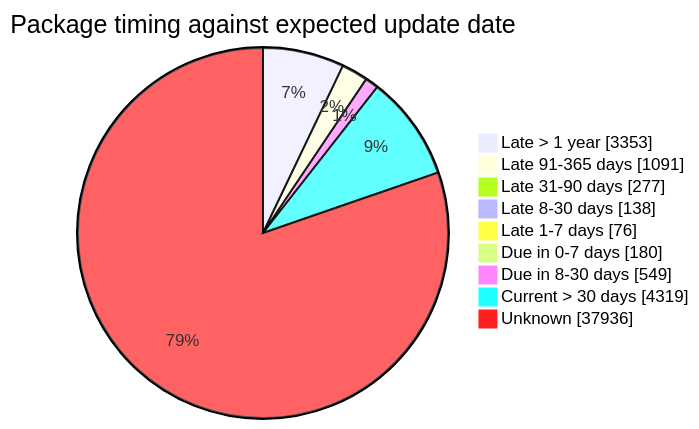
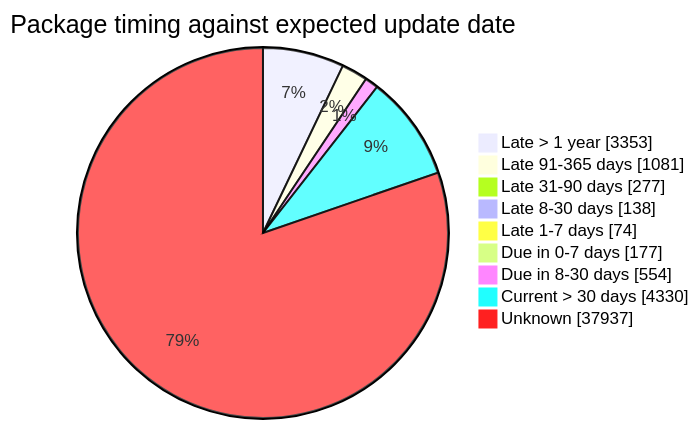
The fourth of 5 diagrams in FreshCheck/README.md (open-data/analytics-corporate-reporting), drawn with Mermaid before and after one commit. The commit also changed other lines of this file and 3 other files, not shown here.

````diff
--- a/FreshCheck/README.md
+++ b/FreshCheck/README.md
@@ -86,12 +86,12 @@
 ```mermaid
 pie showData title Package timing against expected update date
     "Late > 1 year": 3353
-    "Late 91-365 days": 1091
+    "Late 91-365 days": 1081
     "Late 31-90 days": 277
     "Late 8-30 days": 138
-    "Late 1-7 days": 76
-    "Due in 0-7 days": 180
-    "Due in 8-30 days": 549
-    "Current > 30 days": 4319
-    "Unknown": 37936
+    "Late 1-7 days": 74
+    "Due in 0-7 days": 177
+    "Due in 8-30 days": 554
+    "Current > 30 days": 4330
+    "Unknown": 37937
 ```
````
